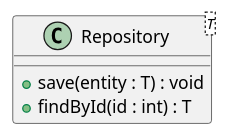
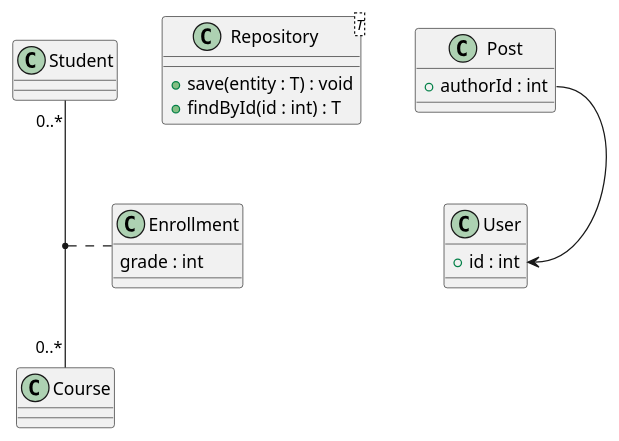
The ninth of 10 diagrams in skills/diagrammer/specs/plantuml/plantuml_class.md (hgrabows/diagrammer-skills), drawn with PlantUML before and after one commit. The commit also changed other lines of this file and 127 other files, not shown here.

First line of the commit message:
feat: audit all specs, add example gallery, fix PlantUML and Gantt rendering

````diff
--- a/skills/diagrammer/specs/plantuml/plantuml_class.md
+++ b/skills/diagrammer/specs/plantuml/plantuml_class.md
@@ -230,8 +273,23 @@
 ```plantuml
 @startuml
 class Repository<T> {
   +save(entity : T) : void
   +findById(id : int) : T
 }
+class Student
+class Course
+class Enrollment {
+  grade : int
+}
+Student "0..*" -- "0..*" Course
+(Student, Course) .. Enrollment
+
+class Post {
+  +authorId : int
+}
+class User {
+  +id : int
+}
+Post::authorId --> User::id
 @enduml
 ```
````
